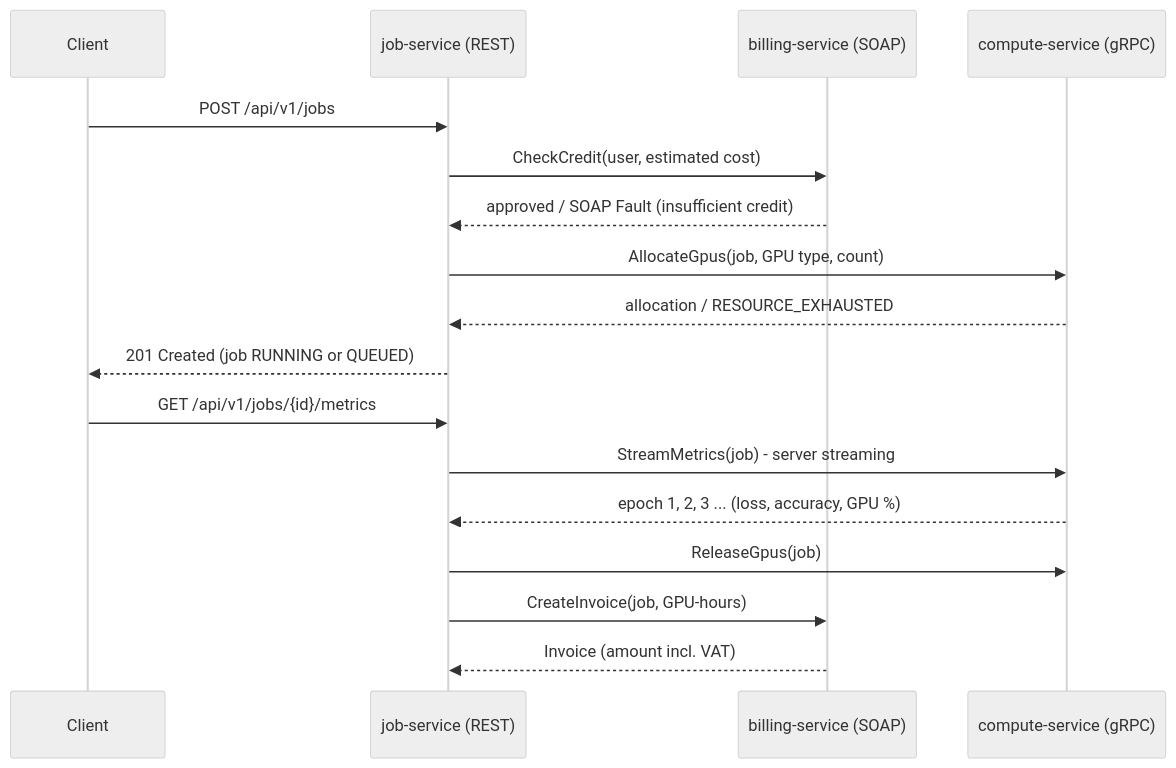
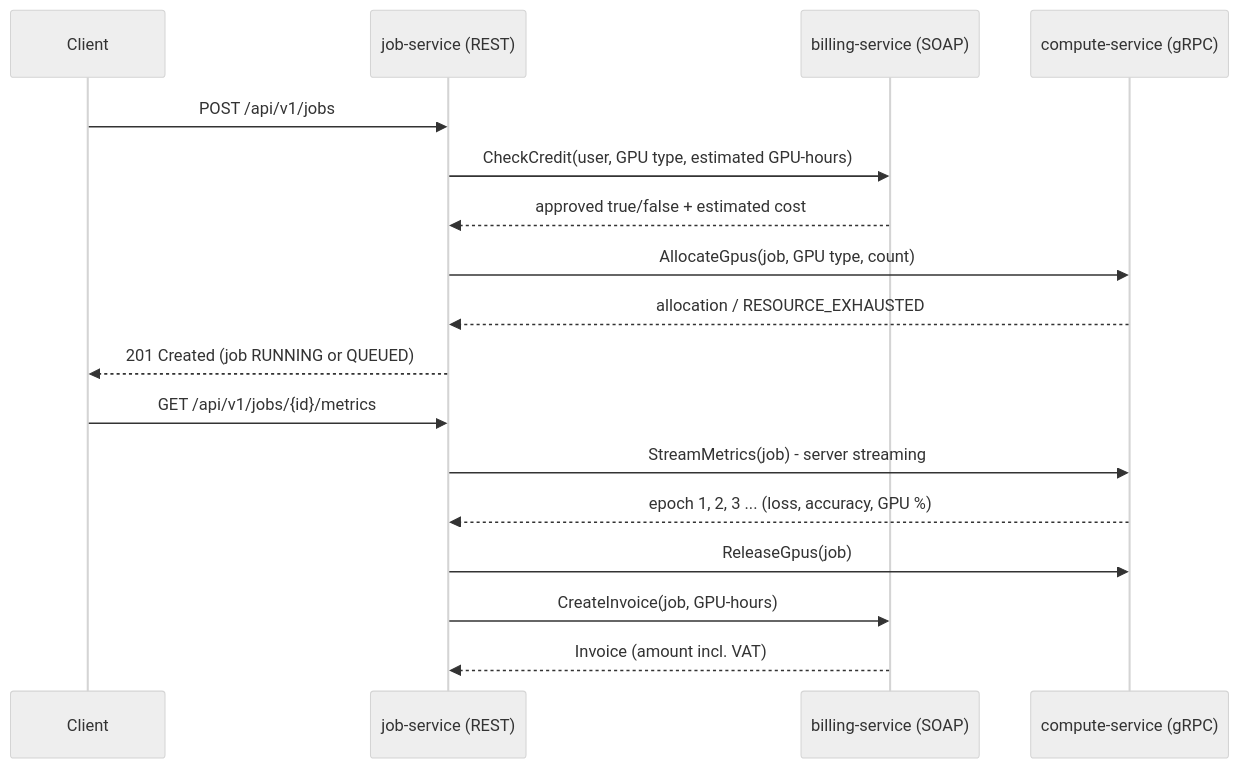
The second of 2 diagrams in README.md (Qznad/gpuforge), drawn with Mermaid (neutral theme) before and after one commit. The commit also changed other lines of this file and 7 other files, not shown here.

````diff
--- a/README.md
+++ b/README.md
@@ -52,20 +52,20 @@
 ```mermaid
 sequenceDiagram
     participant C as Client
     participant J as job-service (REST)
     participant B as billing-service (SOAP)
     participant G as compute-service (gRPC)
 
     C->>J: POST /api/v1/jobs
-    J->>B: CheckCredit(user, estimated cost)
-    B-->>J: approved / SOAP Fault (insufficient credit)
+    J->>B: CheckCredit(user, GPU type, estimated GPU-hours)
+    B-->>J: approved true/false + estimated cost
     J->>G: AllocateGpus(job, GPU type, count)
     G-->>J: allocation / RESOURCE_EXHAUSTED
     J-->>C: 201 Created (job RUNNING or QUEUED)
     C->>J: GET /api/v1/jobs/{id}/metrics
     J->>G: StreamMetrics(job) - server streaming
     G-->>J: epoch 1, 2, 3 ... (loss, accuracy, GPU %)
     J->>G: ReleaseGpus(job)
     J->>B: CreateInvoice(job, GPU-hours)
     B-->>J: Invoice (amount incl. VAT)
 ```
````
